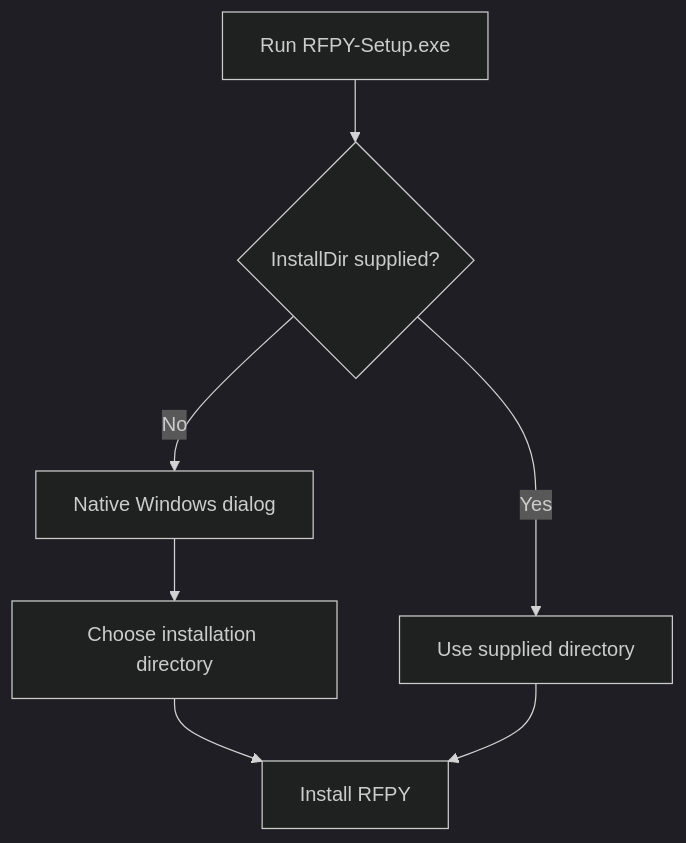
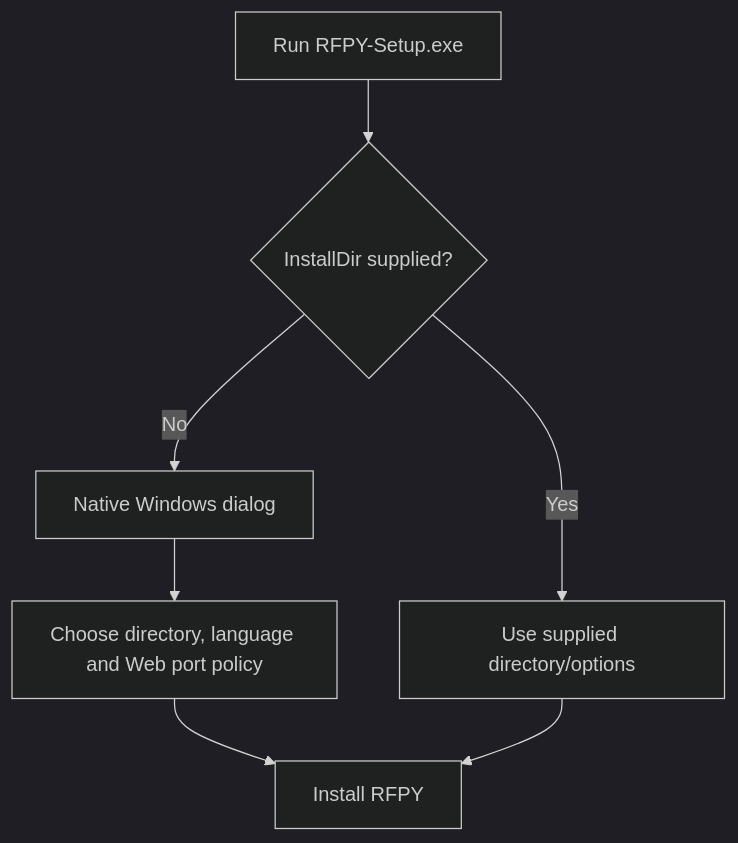
The second of 4 diagrams in README.md (orenault/RFPY), drawn with Mermaid (dark theme) before and after one commit. The commit also changed other lines of this file and 16 other files, not shown here.

````diff
--- a/README.md
+++ b/README.md
@@ -71,9 +71,9 @@
 ```mermaid
 flowchart TD
     A[Run RFPY-Setup.exe] --> B{InstallDir supplied?}
     B -->|No| C[Native Windows dialog]
-    C --> D[Choose installation directory]
-    B -->|Yes| E[Use supplied directory]
+    C --> D[Choose directory, language and Web port policy]
+    B -->|Yes| E[Use supplied directory/options]
     D --> F[Install RFPY]
     E --> F
 ```
````
